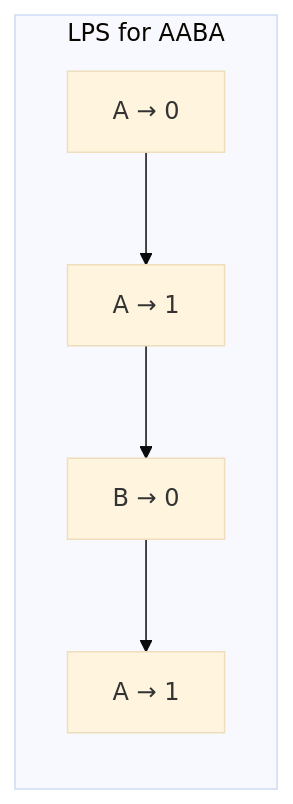
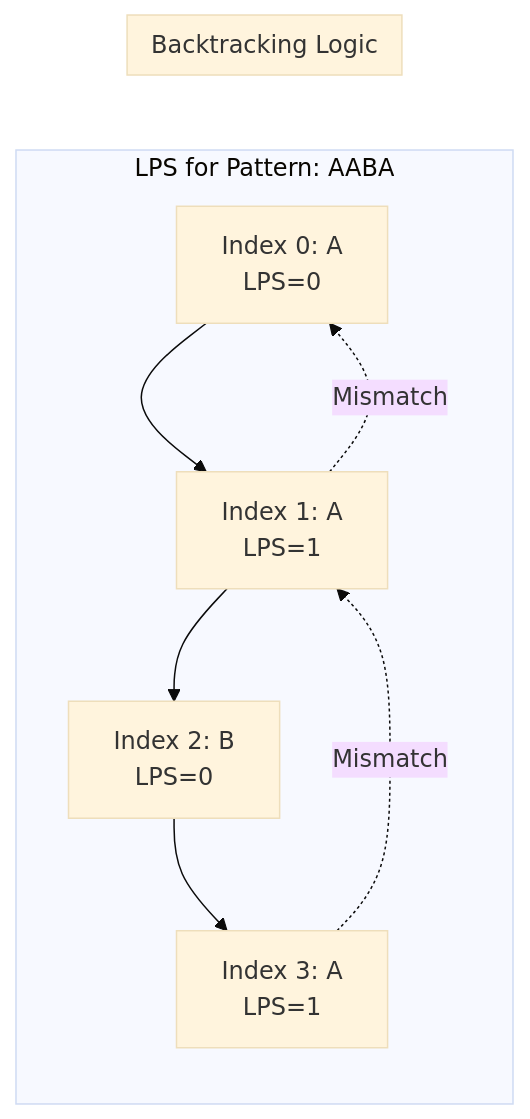
Before and after one commit to Hike-12/CCP: the diagram in practical_exam/q11_kmp.md, drawn with Mermaid (base theme). The commit also changed other lines of this file and 17 other files, not shown here.

````diff
--- a/practical_exam/q11_kmp.md
+++ b/practical_exam/q11_kmp.md
@@ -73,6 +140,13 @@
 ```mermaid
 graph LR
-    subgraph "LPS for AABA"
-    P0["A → 0"] --> P1["A → 1"] --> P2["B → 0"] --> P3["A → 1"]
+    subgraph "LPS for Pattern: AABA"
+    P0["Index 0: A<br>LPS=0"] --> P1["Index 1: A<br>LPS=1"]
+    P1 --> P2["Index 2: B<br>LPS=0"]
+    P2 --> P3["Index 3: A<br>LPS=1"]
+    end
+    
+    subgraph "Backtracking Logic"
+    P3 -. Mismatch .-> P1
+    P1 -. Mismatch .-> P0
     end
 ```
````
